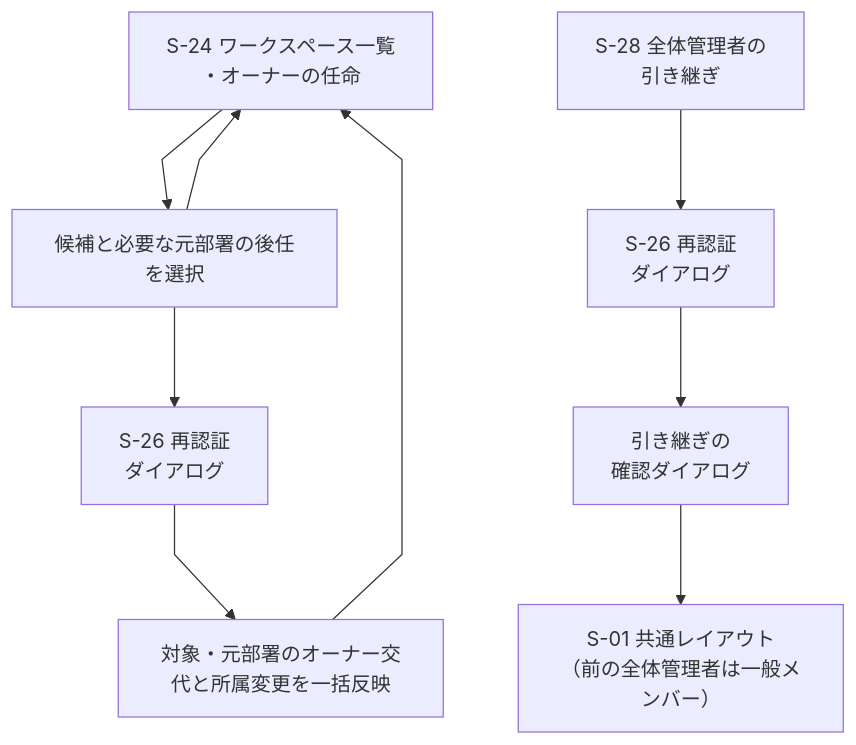
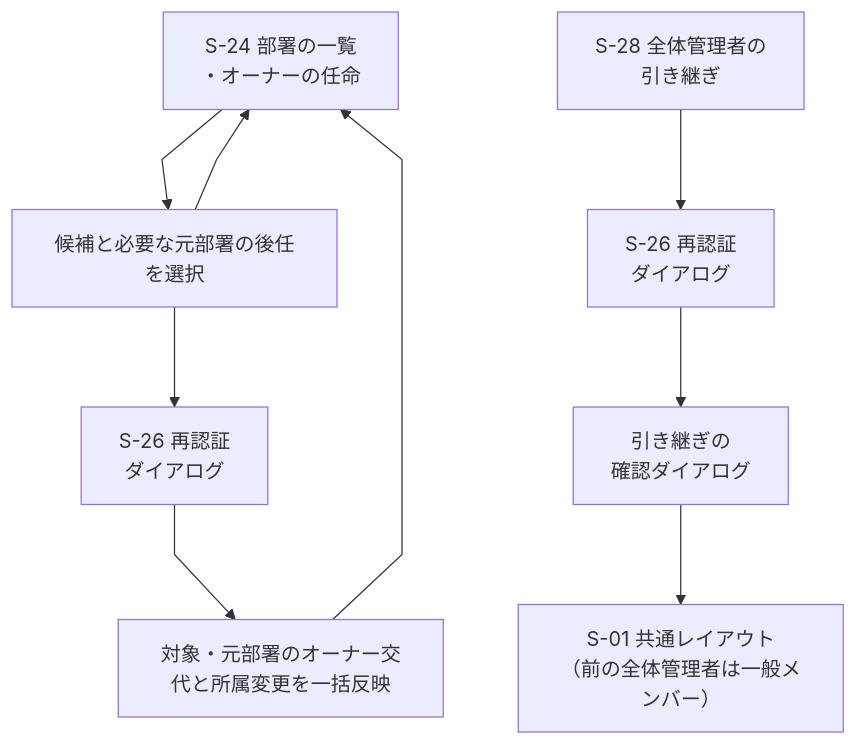
One commit to yamamotonaoki3/internal-system changed diagram 13 of 13 in docs/requirements/screens.md. Above: the diagram before and after it, drawn with Mermaid. The commit also changed other lines of this file and 18 other files, not shown here.

````diff
--- a/docs/requirements/screens.md
+++ b/docs/requirements/screens.md
@@ -454,12 +455,12 @@
 ```mermaid
 %%{init: {"flowchart": {"nodeSpacing": 60, "rankSpacing": 80, "curve": "linear", "htmlLabels": true}}}%%
 flowchart TD
-    S24["S-24 ワークスペース一覧<br/>・オーナーの任命"] --> Own["候補と必要な元部署の後任を選択"]
+    S24["S-24 部署の一覧<br/>・オーナーの任命"] --> Own["候補と必要な元部署の後任を選択"]
     Own --> S26a["S-26 再認証<br/>ダイアログ"]
     S26a --> Done["対象・元部署のオーナー交代と所属変更を一括反映"]
     Done --> S24
     Own --> S24
     S28["S-28 全体管理者の<br/>引き継ぎ"] --> S26b["S-26 再認証<br/>ダイアログ"]
     S26b --> Hand["引き継ぎの<br/>確認ダイアログ"]
     Hand --> S01["S-01 共通レイアウト<br/>（前の全体管理者は一般メンバー）"]
 ```
````
